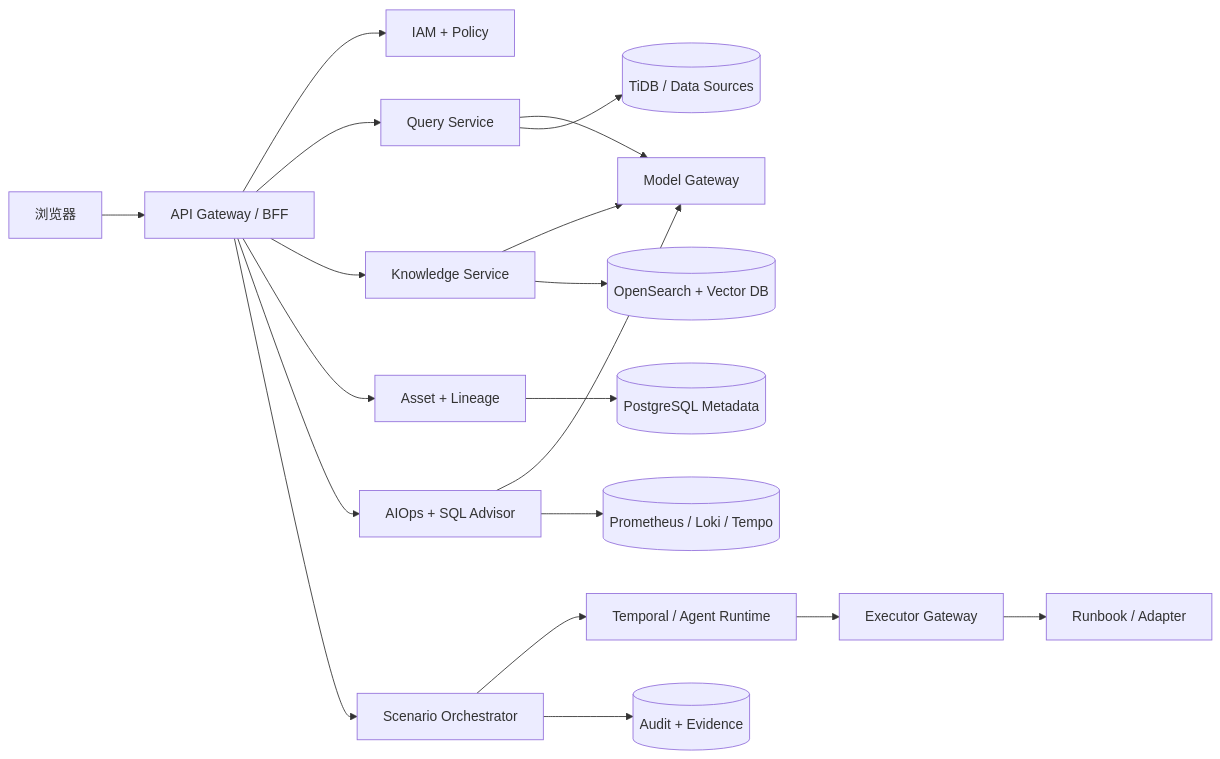
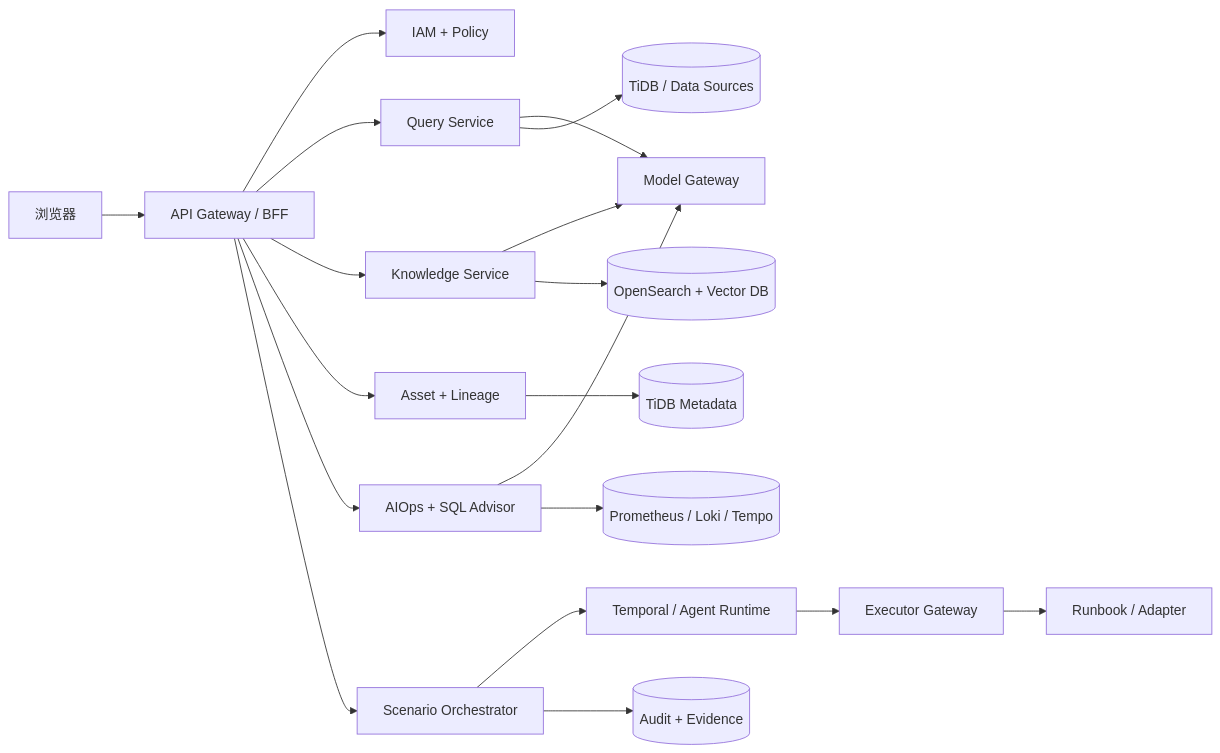
Before and after one commit to RenlySir/Data-AI-Explorer: the diagram in 企业AI落地平台-详细架构设计方案.md, drawn with Mermaid. The commit also changed other lines of this file and 19 other files, not shown here.

````diff
--- a/企业AI落地平台-详细架构设计方案.md
+++ b/企业AI落地平台-详细架构设计方案.md
@@ -450,21 +450,21 @@
 ```mermaid
 flowchart LR
   B[浏览器] --> G[API Gateway / BFF]
   G --> IAM[IAM + Policy]
   G --> Q[Query Service]
   G --> K[Knowledge Service]
   G --> A[Asset + Lineage]
   G --> O[AIOps + SQL Advisor]
   G --> S[Scenario Orchestrator]
   S --> T[Temporal / Agent Runtime]
   T --> E[Executor Gateway]
   E --> X[Runbook / Adapter]
   Q --> M[Model Gateway]
   K --> M
   O --> M
   Q --> D[(TiDB / Data Sources)]
   K --> V[(OpenSearch + Vector DB)]
-  A --> P[(PostgreSQL Metadata)]
+  A --> P[(TiDB Metadata)]
   O --> OBS[(Prometheus / Loki / Tempo)]
   S --> AUD[(Audit + Evidence)]
 ```
````
